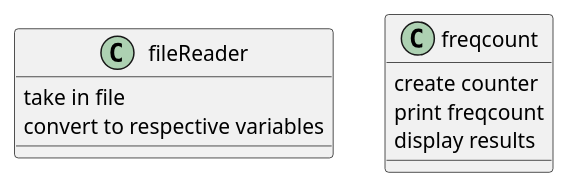
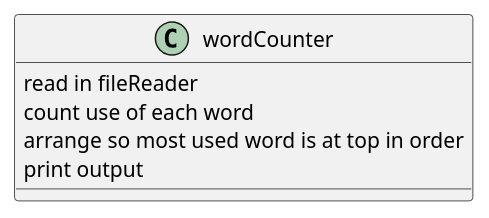
The diagram in src/main/java/ex46/ex46_UML.puml (korinneramcharitar/Ramcharitar-Cop3330-assignment3), drawn with PlantUML before and after one commit.

```diff
--- a/src/main/java/ex46/ex46_UML.puml
+++ b/src/main/java/ex46/ex46_UML.puml
@@ -1,15 +1,12 @@
 @startuml
-class fileReader
+class wordCounter
 {
-take in file
-convert to respective variables
+read in fileReader
+count use of each word
+arrange so most used word is at top in order
+print output
 
-}
-class freqcount{
-create counter
-print freqcount
-display results
 }
 
 
 @enduml
```
